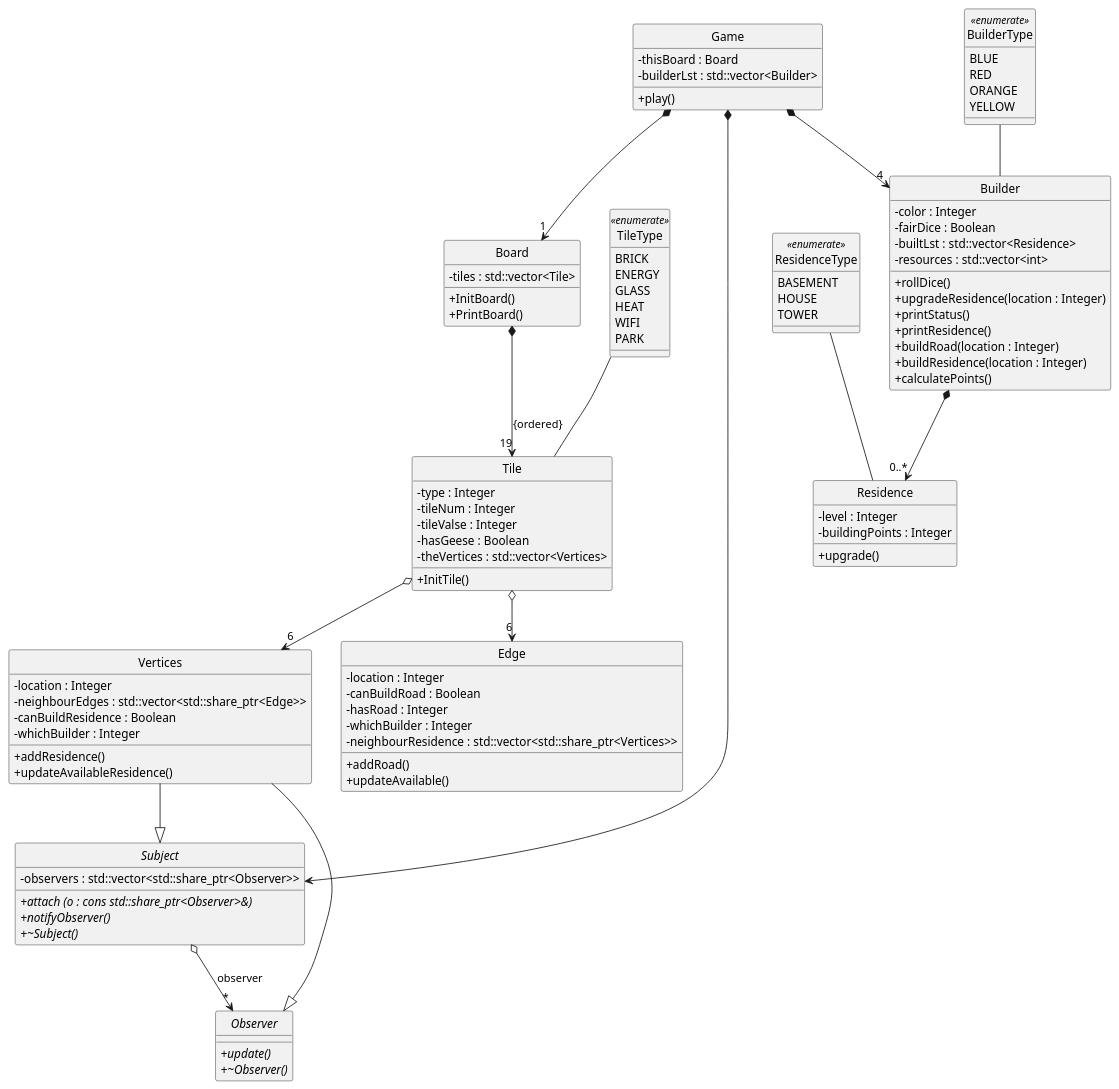
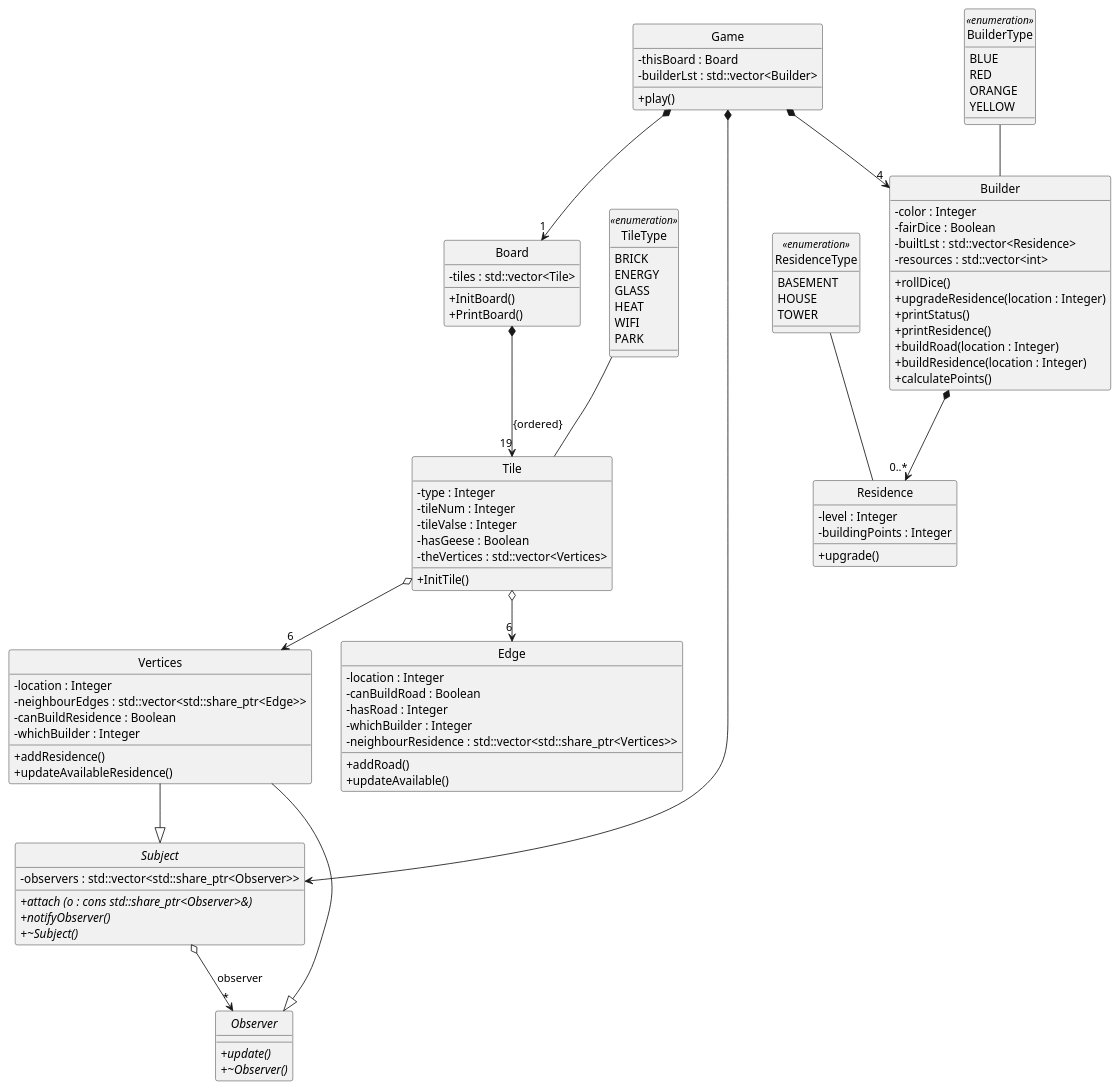
Before and after one commit to Charles-Shang/constructor: the diagram in UML.wsd, drawn with PlantUML.

```diff
--- a/UML.wsd
+++ b/UML.wsd
@@ -1,114 +1,114 @@
 @startuml CS246 Final Project UML 
 skinparam style strictuml
 skinparam SequenceMessageAlignment center
 skinparam classAttributeIconSize 0
 
 
 class Board  {
     -tiles : std::vector<Tile>
     +InitBoard()
     +PrintBoard()
 } 
 
-enum TileType << enumerate >> {
+enum TileType << enumeration >> {
     BRICK 
     ENERGY 
     GLASS 
     HEAT 
     WIFI 
     PARK
 }
 
 class Tile {
     - type : Integer
     - tileNum : Integer
     - tileValse : Integer
     - hasGeese : Boolean
     - theVertices : std::vector<Vertices>
     + InitTile()
 } 
 abstract class Observer {
     + {abstract} update()
     + {abstract} ~Observer()
 }
 
 abstract class Subject {
     - observers : std::vector<std::share_ptr<Observer>>
     + {abstract} attach (o : cons std::share_ptr<Observer>&)
     + {abstract} notifyObserver()
     + {abstract} ~Subject()
 }
 
 class Vertices {
     - location : Integer
     - neighbourEdges : std::vector<std::share_ptr<Edge>> 
     - canBuildResidence : Boolean
     - whichBuilder : Integer
     + addResidence()
     + updateAvailableResidence()
 }
 
 class Edge {
     - location : Integer 
     - canBuildRoad : Boolean
     - hasRoad : Integer 
     - whichBuilder : Integer 
     - neighbourResidence : std::vector<std::share_ptr<Vertices>>
     + addRoad()
     + updateAvailable() 
 }
 
-enum BuilderType << enumerate >> {
+enum BuilderType << enumeration >> {
     BLUE 
     RED 
     ORANGE 
     YELLOW 
 }
 
 class Builder {
     - color : Integer 
     - fairDice : Boolean
     - builtLst : std::vector<Residence> 
     - resources : std::vector<int>
     + rollDice()
     + upgradeResidence(location : Integer)
     + printStatus()
     + printResidence()
     + buildRoad(location : Integer) 
     + buildResidence(location : Integer)
     + calculatePoints()
 }
 
-enum ResidenceType << enumerate >> {
+enum ResidenceType << enumeration >> {
     BASEMENT 
     HOUSE
     TOWER  
 }
 
 class Residence {
     - level : Integer 
     - buildingPoints : Integer 
     + upgrade()
 }
 
 class Game {
     - thisBoard : Board 
     - builderLst : std::vector<Builder>
     + play()
 }
 
 Game *--> "1" Board
 Game *--> Subject
 Subject o--> "*" Observer : "observer"
 Vertices --|> Subject 
 Vertices --|> Observer 
 Game *--> "4" Builder
 Board *--> "19" Tile : {ordered}
 Tile o--> "6" Edge
 Tile o--> "6" Vertices
 Builder *--> "0..*"Residence
 BuilderType -- Builder 
 TileType -- Tile 
 ResidenceType -- Residence
 
 @enduml
```
